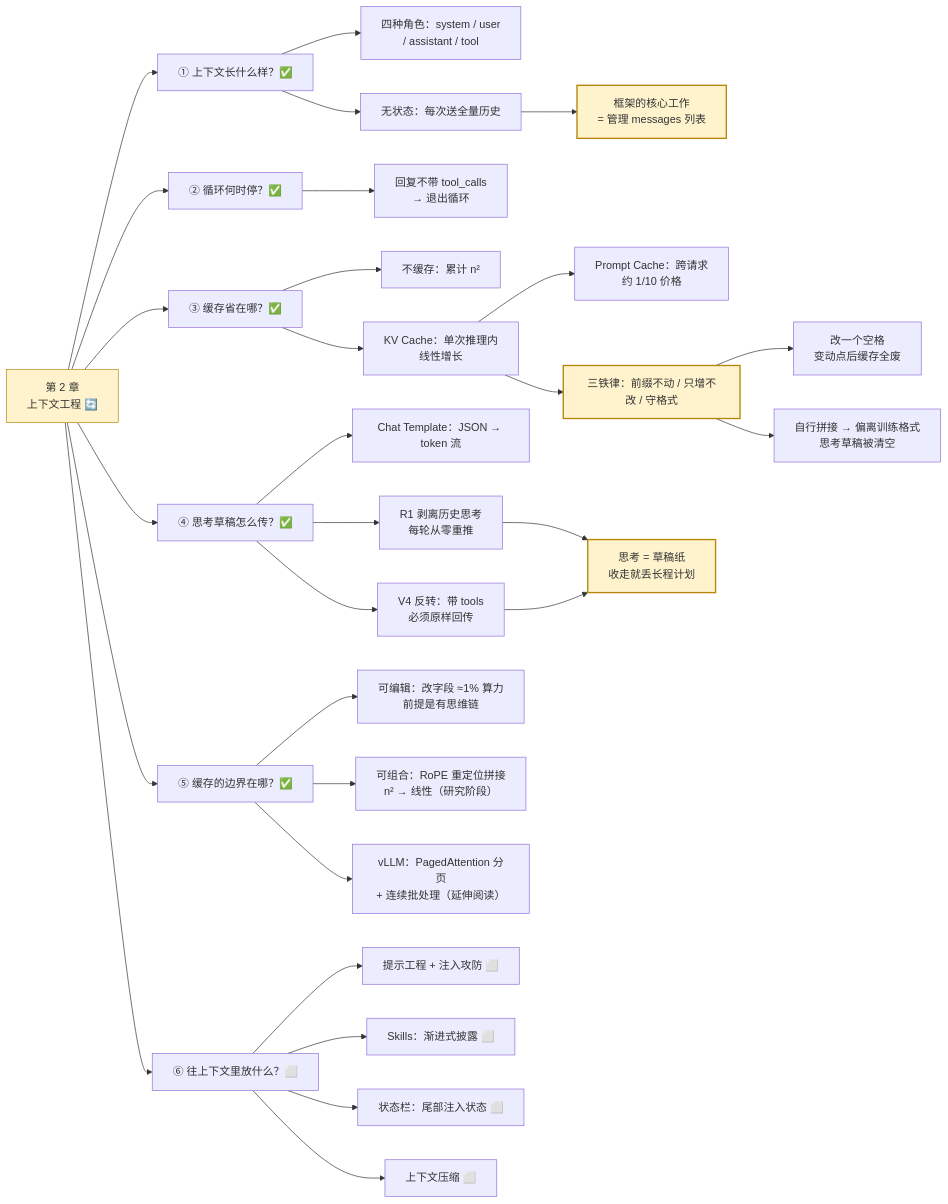
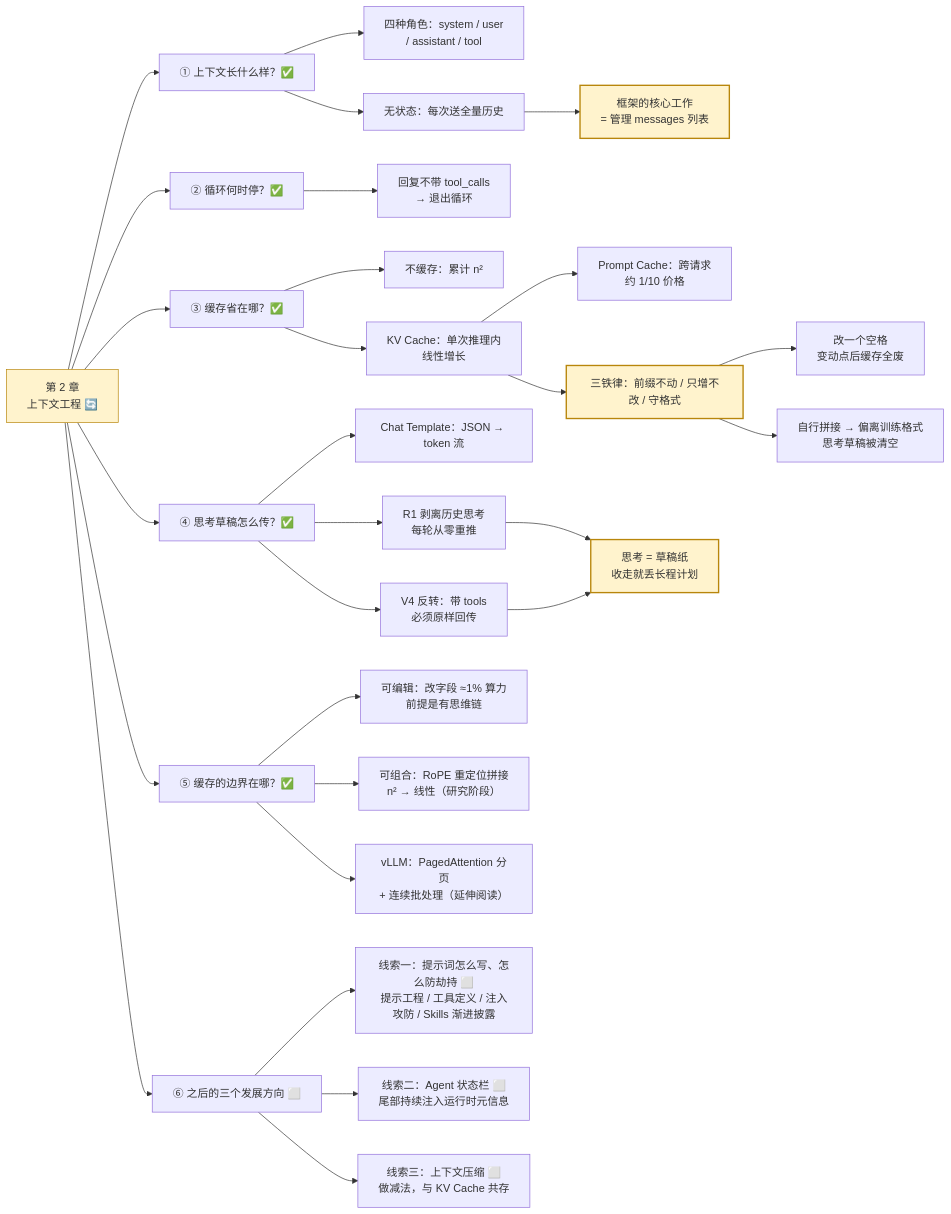
Before and after one commit to dongxuanmang/dongxuanmang.github.io: the third of 3 diagrams in source/agent-book/index.md, drawn with Mermaid.

Commit message:
content: 第2章导图第六分支改为三个发展方向（三条线索）

```diff
--- a/source/agent-book/index.md
+++ b/source/agent-book/index.md
@@ -109,42 +109,41 @@
 {% mermaid %}
 graph LR
     CH2["第 2 章<br/>上下文工程 🔄"] --> Q1["① 上下文长什么样？✅"]
     CH2 --> Q2["② 循环何时停？✅"]
     CH2 --> Q3["③ 缓存省在哪？✅"]
     CH2 --> Q4["④ 思考草稿怎么传？✅"]
     CH2 --> Q5["⑤ 缓存的边界在哪？✅"]
-    CH2 --> Q6["⑥ 往上下文里放什么？⬜"]
+    CH2 --> Q6["⑥ 之后的三个发展方向 ⬜"]
 
     Q1 --> A1["四种角色：system / user<br/>/ assistant / tool"]
     Q1 --> A2["无状态：每次送全量历史"]
     A2 --> A3["框架的核心工作<br/>= 管理 messages 列表"]
 
     Q2 --> B1["回复不带 tool_calls<br/>→ 退出循环"]
 
     Q3 --> C1["不缓存：累计 n²"]
     Q3 --> C2["KV Cache：单次推理内<br/>线性增长"]
     C2 --> C21["Prompt Cache：跨请求<br/>约 1/10 价格"]
     C2 --> C22["三铁律：前缀不动 / 只增不改 / 守格式"]
     C22 --> C23["改一个空格<br/>变动点后缓存全废"]
     C22 --> C24["自行拼接 → 偏离训练格式<br/>思考草稿被清空"]
 
     Q4 --> D1["Chat Template：JSON → token 流"]
     Q4 --> D2["R1 剥离历史思考<br/>每轮从零重推"]
     Q4 --> D3["V4 反转：带 tools<br/>必须原样回传"]
     D2 --> D4["思考 = 草稿纸<br/>收走就丢长程计划"]
     D3 --> D4
 
     Q5 --> E1["可编辑：改字段 ≈1% 算力<br/>前提是有思维链"]
     Q5 --> E2["可组合：RoPE 重定位拼接<br/>n² → 线性（研究阶段）"]
     Q5 --> E3["vLLM：PagedAttention 分页<br/>+ 连续批处理（延伸阅读）"]
 
-    Q6 --> F1["提示工程 + 注入攻防 ⬜"]
-    Q6 --> F2["Skills：渐进式披露 ⬜"]
-    Q6 --> F3["状态栏：尾部注入状态 ⬜"]
-    Q6 --> F4["上下文压缩 ⬜"]
+    Q6 --> F1["线索一：提示词怎么写、怎么防劫持 ⬜<br/>提示工程 / 工具定义 / 注入攻防 / Skills 渐进披露"]
+    Q6 --> F2["线索二：Agent 状态栏 ⬜<br/>尾部持续注入运行时元信息"]
+    Q6 --> F3["线索三：上下文压缩 ⬜<br/>做减法，与 KV Cache 共存"]
 
     style CH2 fill:#fff3cd,stroke:#b8860b
     style A3 fill:#fff3cd,stroke:#b8860b,stroke-width:2px
     style C22 fill:#fff3cd,stroke:#b8860b,stroke-width:2px
     style D4 fill:#fff3cd,stroke:#b8860b,stroke-width:2px
 {% endmermaid %}
```
